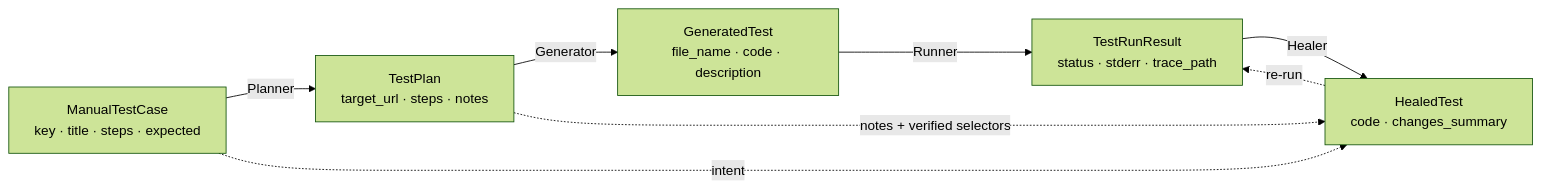
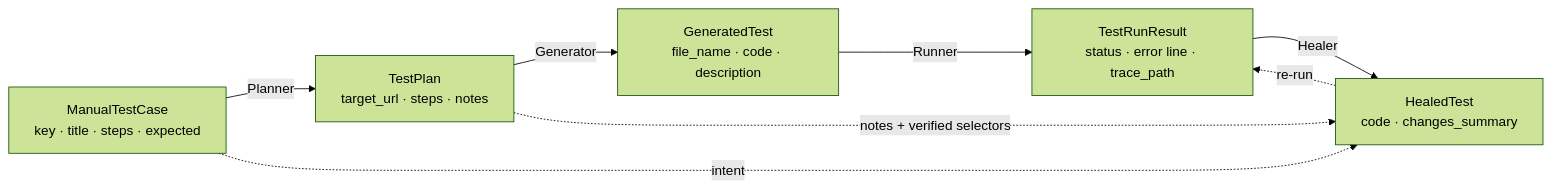
Before and after one commit to jpucic00/agentic-test-automation: the second of 2 diagrams in docs/ARCHITECTURE.md, drawn with Mermaid (forest theme). The commit also changed 7 other files, not shown here.

````diff
--- a/docs/ARCHITECTURE.md
+++ b/docs/ARCHITECTURE.md
@@ -78,10 +78,10 @@
 ```mermaid
 flowchart LR
     MTC["ManualTestCase<br/>key · title · steps · expected"] -->|Planner| TP["TestPlan<br/>target_url · steps · notes"]
     TP -->|Generator| GT["GeneratedTest<br/>file_name · code · description"]
-    GT -->|Runner| TRR["TestRunResult<br/>status · stderr · trace_path"]
+    GT -->|Runner| TRR["TestRunResult<br/>status · error line · trace_path"]
     TRR -->|Healer| HT["HealedTest<br/>code · changes_summary"]
     HT -.re-run.-> TRR
     MTC -.intent.-> HT
     TP -.notes + verified selectors.-> HT
 ```
````
